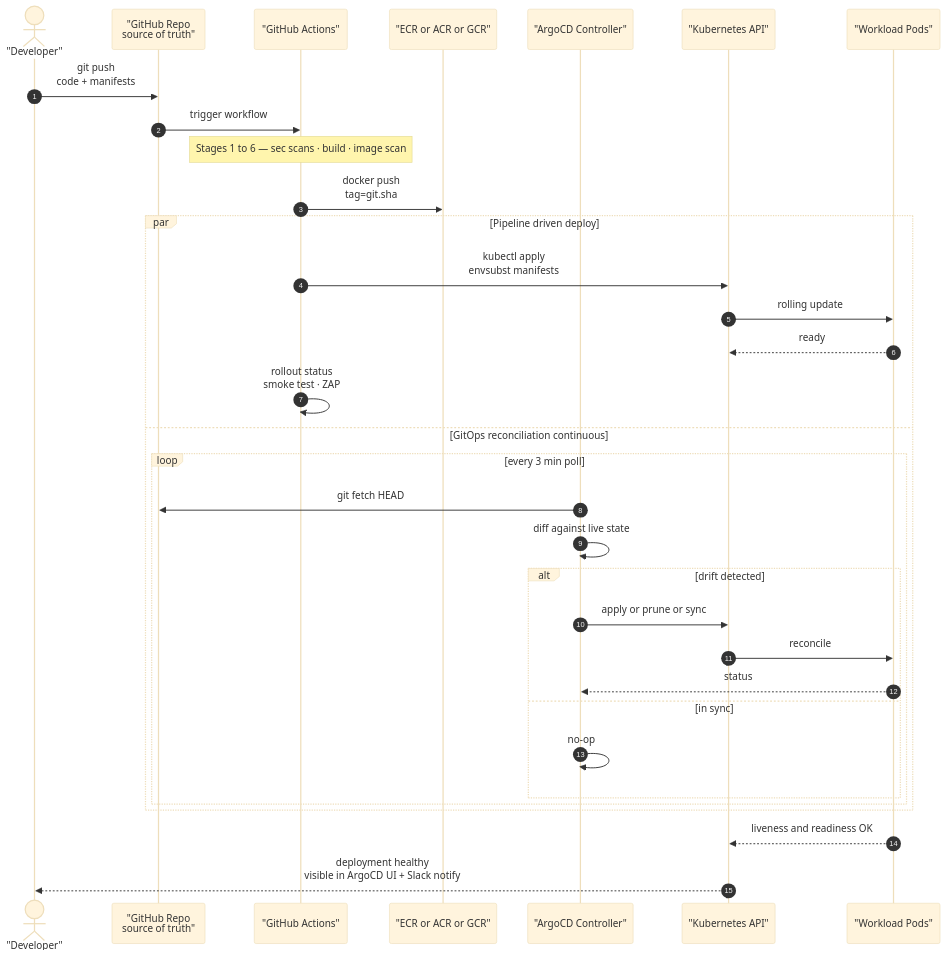
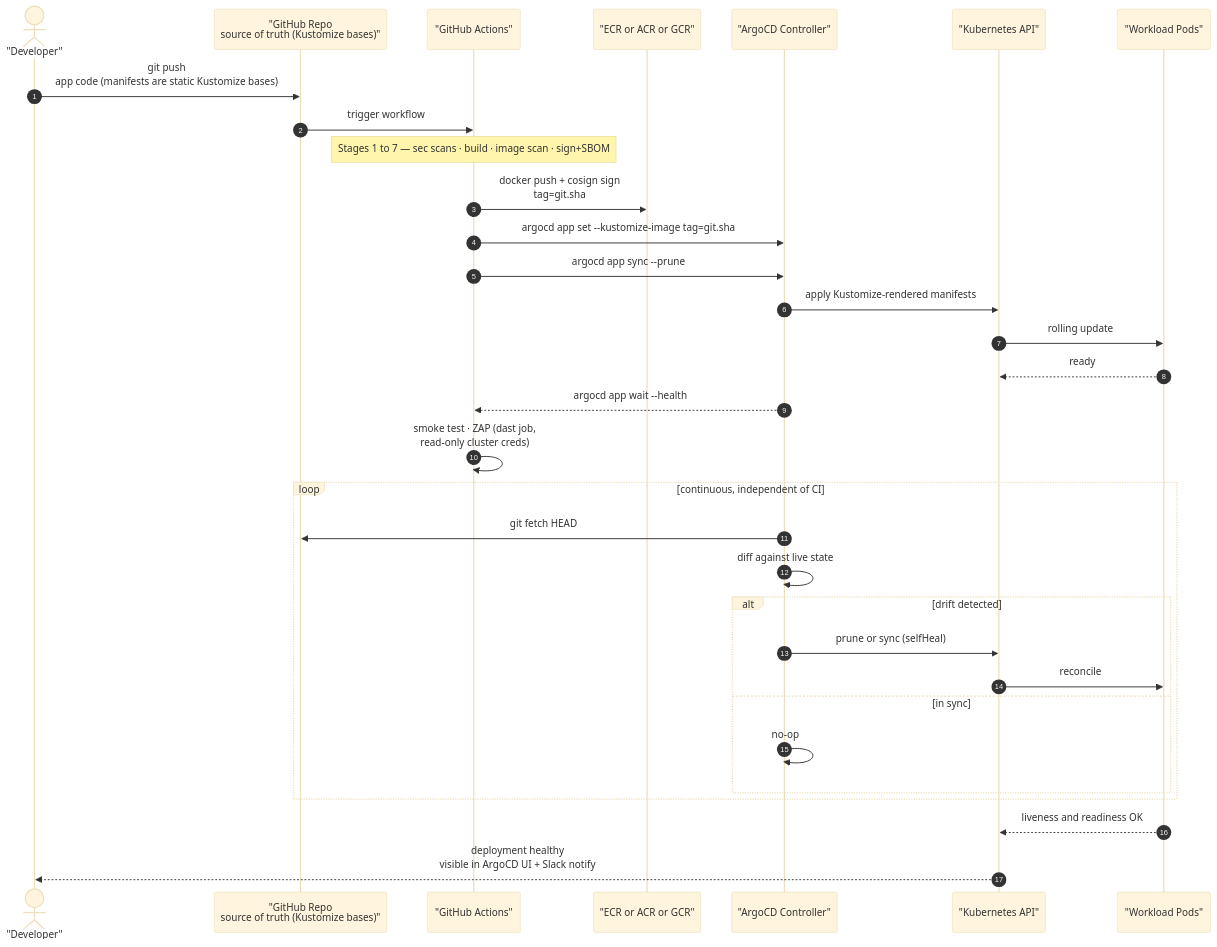
Diagram 13 of 14 in README.md (skondla/fastAPIWebApp), drawn with Mermaid (base theme) before and after one commit. The commit also changed other lines of this file and 11 other files, not shown here.

````diff
--- a/README.md
+++ b/README.md
@@ -1054,39 +1085,40 @@
 ```mermaid
 sequenceDiagram
     autonumber
     actor Dev as "Developer"
-    participant Repo as "GitHub Repo<br/>source of truth"
+    participant Repo as "GitHub Repo<br/>source of truth (Kustomize bases)"
     participant GHA as "GitHub Actions"
     participant Reg as "ECR or ACR or GCR"
     participant Argo as "ArgoCD Controller"
     participant K8s as "Kubernetes API"
     participant Pod as "Workload Pods"
 
-    Dev->>Repo: git push<br/>code + manifests
+    Dev->>Repo: git push<br/>app code (manifests are static Kustomize bases)
     Repo->>GHA: trigger workflow
 
-    Note over GHA: Stages 1 to 6 — sec scans · build · image scan
-    GHA->>Reg: docker push<br/>tag=git.sha
+    Note over GHA: Stages 1 to 7 — sec scans · build · image scan · sign+SBOM
+    GHA->>Reg: docker push + cosign sign<br/>tag=git.sha
 
-    par Pipeline driven deploy
-        GHA->>K8s: kubectl apply<br/>envsubst manifests
-        K8s->>Pod: rolling update
-        Pod-->>K8s: ready
-        GHA->>GHA: rollout status<br/>smoke test · ZAP
-    and GitOps reconciliation continuous
-        loop every 3 min poll
-            Argo->>Repo: git fetch HEAD
-            Argo->>Argo: diff against live state
-            alt drift detected
-                Argo->>K8s: apply or prune or sync
-                K8s->>Pod: reconcile
-                Pod-->>Argo: status
-            else in sync
-                Argo->>Argo: no-op
-            end
+    GHA->>Argo: argocd app set --kustomize-image tag=git.sha
+    GHA->>Argo: argocd app sync --prune
+    Argo->>K8s: apply Kustomize-rendered manifests
+    K8s->>Pod: rolling update
+    Pod-->>K8s: ready
+    Argo-->>GHA: argocd app wait --health
+
+    GHA->>GHA: smoke test · ZAP (dast job,<br/>read-only cluster creds)
+
+    loop continuous, independent of CI
+        Argo->>Repo: git fetch HEAD
+        Argo->>Argo: diff against live state
+        alt drift detected
+            Argo->>K8s: prune or sync (selfHeal)
+            K8s->>Pod: reconcile
+        else in sync
+            Argo->>Argo: no-op
         end
     end
 
     Pod-->>K8s: liveness and readiness OK
     K8s-->>Dev: deployment healthy<br/>visible in ArgoCD UI + Slack notify
 ```
````
